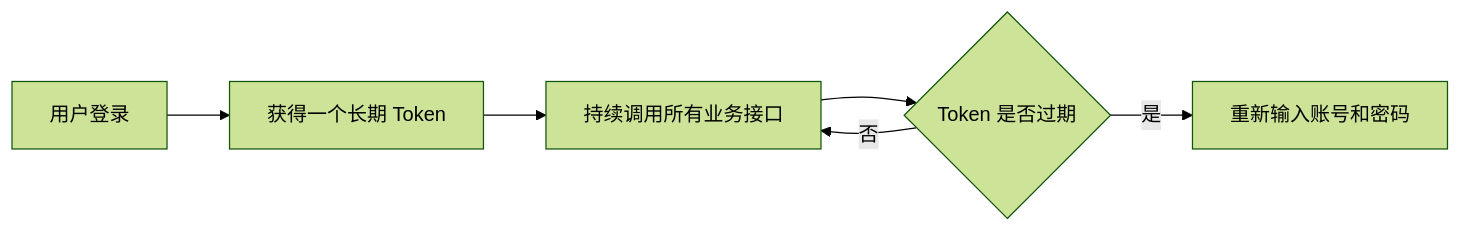
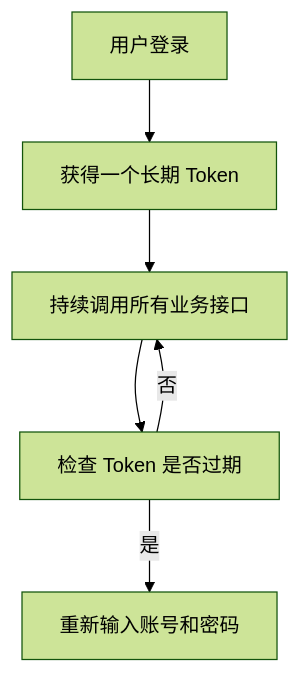
Before and after one commit to myth8/zzx-ai-agent: the fifth of 9 diagrams in docs/blogs/阶段0.2-JWT与Redis认证体系.md, drawn with Mermaid (forest theme). The commit also changed other lines of this file and 27 other files, not shown here.

````diff
--- a/docs/blogs/阶段0.2-JWT与Redis认证体系.md
+++ b/docs/blogs/阶段0.2-JWT与Redis认证体系.md
@@ -228,8 +194,8 @@
 ```mermaid
-flowchart LR
-    A[用户登录] --> B[获得一个长期 Token]
-    B --> C[持续调用所有业务接口]
-    C --> D{Token 是否过期}
+flowchart TD
+    A["用户登录"] --> B["获得一个长期 Token"]
+    B --> C["持续调用所有业务接口"]
+    C --> D["检查 Token 是否过期"]
     D -->|否| C
-    D -->|是| E[重新输入账号和密码]
+    D -->|是| E["重新输入账号和密码"]
 ```
````
